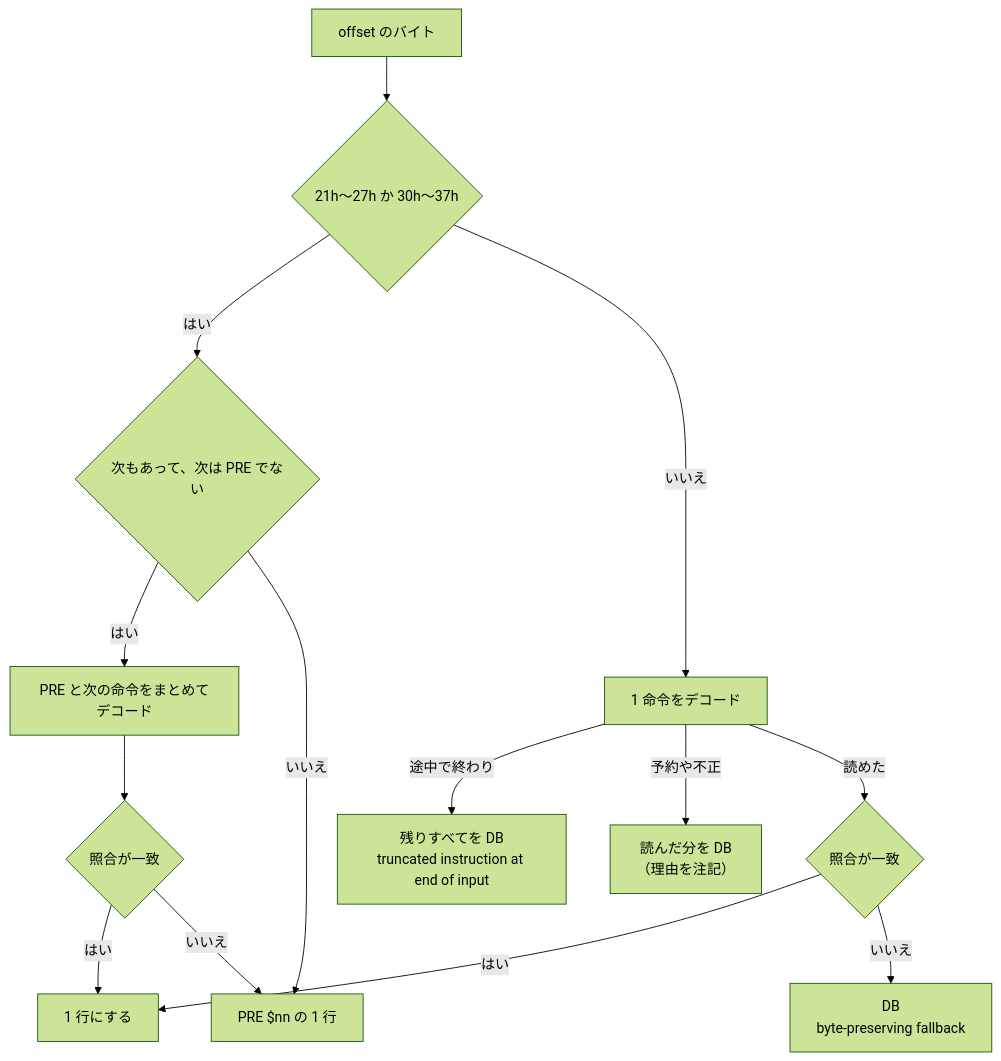
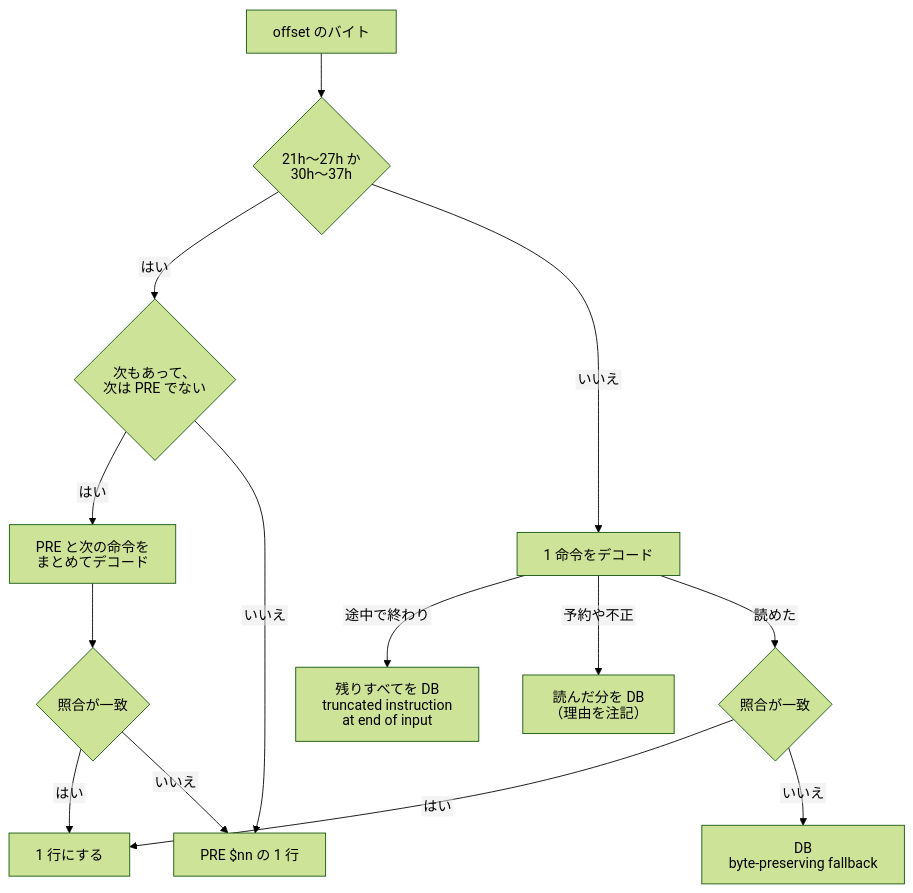
Before and after one commit to litchi-gh/pc-e500_tools: the second of 2 diagrams in docs/design/03_DISASSEMBLER.md, drawn with Mermaid (forest theme). The commit also changed other lines of this file and 74 other files, not shown here.

First line of the commit message:
Docs: draw Mermaid labels as SVG text so GitHub does not cut them

````diff
--- a/docs/design/03_DISASSEMBLER.md
+++ b/docs/design/03_DISASSEMBLER.md
@@ -78,16 +79,17 @@
 ```mermaid
+%%{init: {"htmlLabels": false, "flowchart": {"htmlLabels": false, "wrappingWidth": 1000}}}%%
 flowchart TD
-  S["offset のバイト"] --> P{"21h〜27h か 30h〜37h"}
-  P -- はい --> Q{"次もあって、次は PRE でない"}
-  Q -- はい --> R["PRE と次の命令をまとめてデコード"]
+  S["offset のバイト"] --> P{"21h〜27h か<br>30h〜37h"}
+  P -- はい --> Q{"次もあって、<br>次は PRE でない"}
+  Q -- はい --> R["PRE と次の命令を<br>まとめてデコード"]
   R --> RM{"照合が一致"}
   RM -- はい --> OUT["1 行にする"]
   RM -- いいえ --> PRE["PRE $nn の 1 行"]
   Q -- いいえ --> PRE
   P -- いいえ --> D["1 命令をデコード"]
-  D -- 途中で終わり --> T["残りすべてを DB<br>truncated instruction at end of input"]
+  D -- 途中で終わり --> T["残りすべてを DB<br>truncated instruction<br>at end of input"]
   D -- 予約や不正 --> X["読んだ分を DB<br>（理由を注記）"]
   D -- 読めた --> M{"照合が一致"}
   M -- はい --> OUT
   M -- いいえ --> F["DB<br>byte-preserving fallback"]
 ```
````
